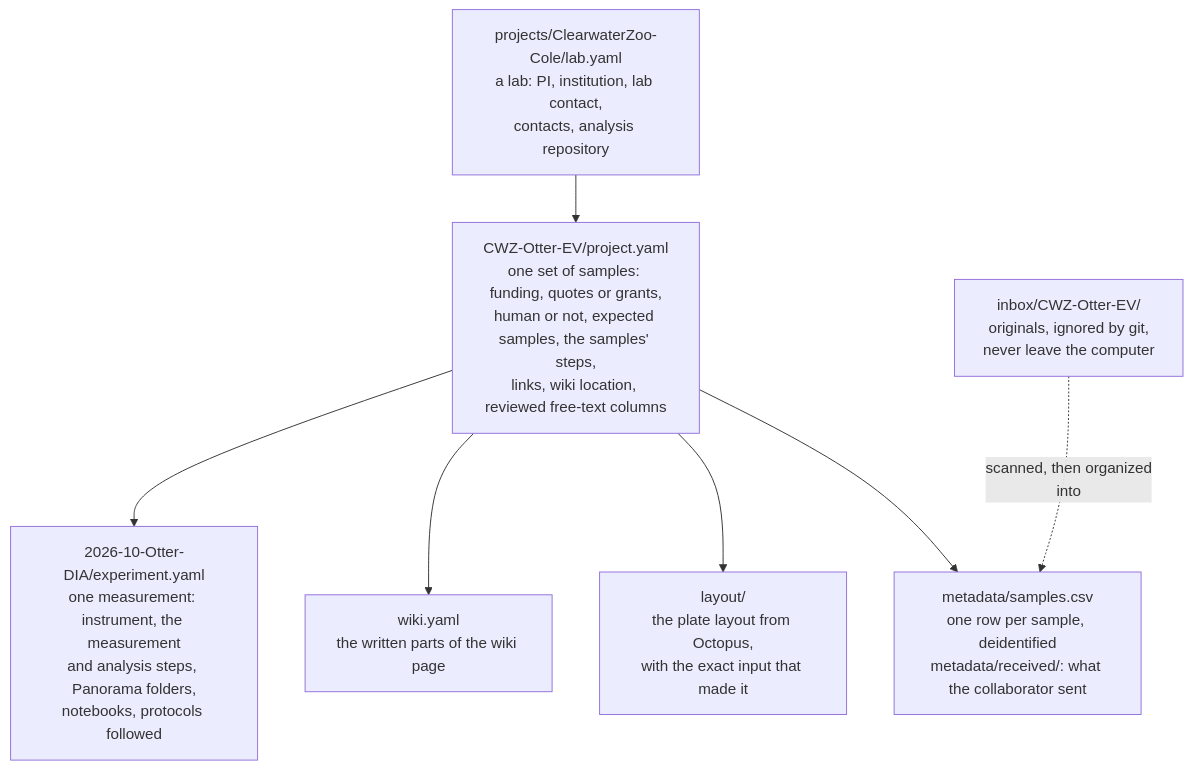
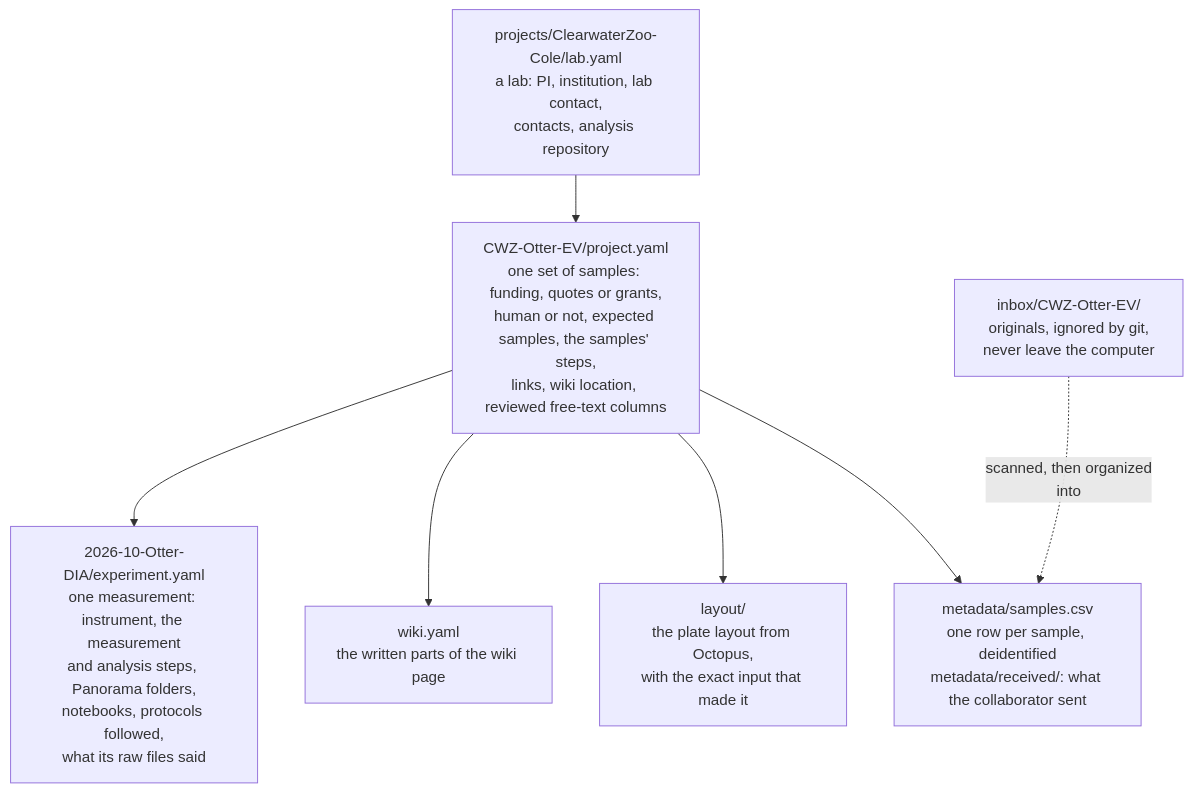
Before and after one commit to uw-maccosslab/LabOps: the third of 11 diagrams in docs/engines.md, drawn with Mermaid. The commit also changed other lines of this file and 24 other files, not shown here.

First line of the commit message:
Read raw files: an experiment's acquisition from its raw files on Panorama

````diff
--- a/docs/engines.md
+++ b/docs/engines.md
@@ -108,17 +108,17 @@
 ```mermaid
 flowchart TB
     lab["projects/ClearwaterZoo-Cole/lab.yaml<br/>a lab: PI, institution, lab contact,<br/>contacts, analysis repository"]
     project["CWZ-Otter-EV/project.yaml<br/>one set of samples: funding, quotes or grants,<br/>human or not, expected samples, the samples' steps,<br/>links, wiki location, reviewed free-text columns"]
     meta["metadata/samples.csv<br/>one row per sample, deidentified<br/>metadata/received/: what the collaborator sent"]
     layout["layout/<br/>the plate layout from Octopus,<br/>with the exact input that made it"]
     wiki["wiki.yaml<br/>the written parts of the wiki page"]
-    exp["2026-10-Otter-DIA/experiment.yaml<br/>one measurement: instrument, the measurement<br/>and analysis steps, Panorama folders,<br/>notebooks, protocols followed"]
+    exp["2026-10-Otter-DIA/experiment.yaml<br/>one measurement: instrument, the measurement<br/>and analysis steps, Panorama folders,<br/>notebooks, protocols followed,<br/>what its raw files said"]
     inbox["inbox/CWZ-Otter-EV/<br/>originals, ignored by git,<br/>never leave the computer"]
 
     lab --> project
     project --> meta
     project --> layout
     project --> wiki
     project --> exp
     inbox -.->|"scanned, then organized<br/>into"| meta
 ```
````
